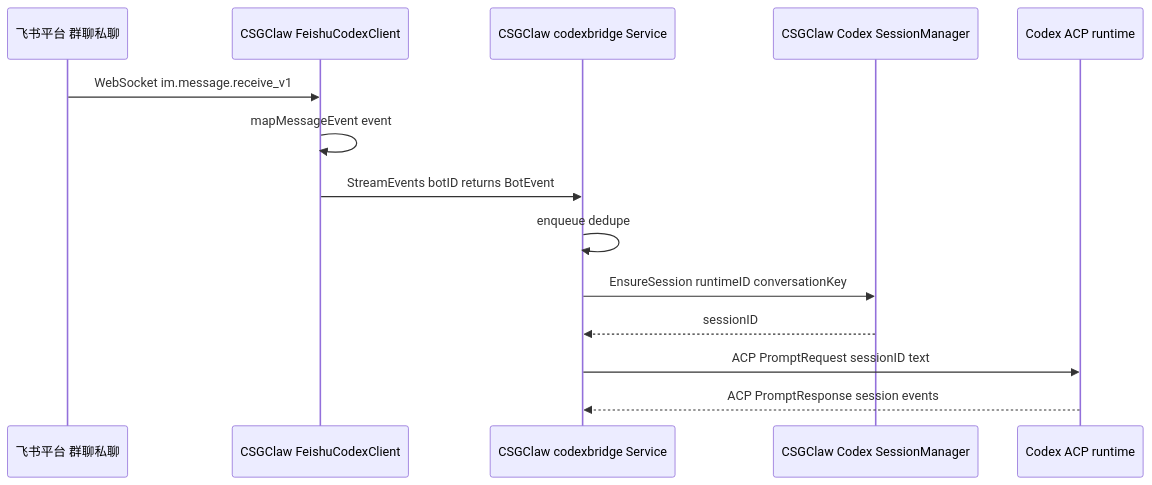
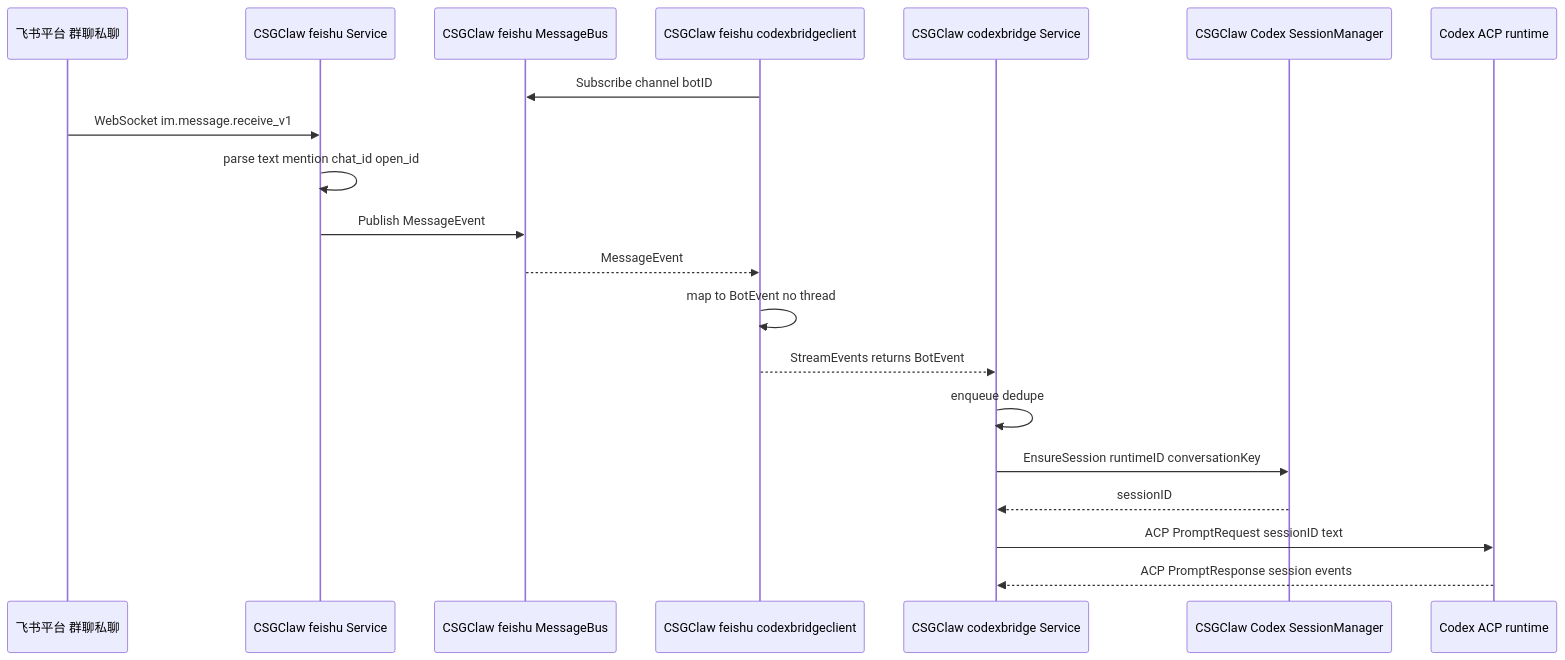
The seventh of 12 diagrams in docs/channel/codex-feishu.zh.md (GatewayJ/csgclaw), drawn with Mermaid before and after one commit. The commit also changed other lines of this file, not shown here.

Commit message:
docs: align codex feishu bridge boundaries

````diff
--- a/docs/channel/codex-feishu.zh.md
+++ b/docs/channel/codex-feishu.zh.md
@@ -162,17 +164,23 @@
 ```mermaid
 sequenceDiagram
     participant Feishu as 飞书平台 群聊私聊
-    participant Client as CSGClaw FeishuCodexClient
+    participant Service as CSGClaw feishu Service
+    participant Bus as CSGClaw feishu MessageBus
+    participant Adapter as CSGClaw feishu codexbridgeclient
     participant Bridge as CSGClaw codexbridge Service
     participant Session as CSGClaw Codex SessionManager
     participant Codex as Codex ACP runtime
 
-    Feishu->>Client: WebSocket im.message.receive_v1
-    Client->>Client: mapMessageEvent event
-    Client->>Bridge: StreamEvents botID returns BotEvent
+    Adapter->>Bus: Subscribe channel botID
+    Feishu->>Service: WebSocket im.message.receive_v1
+    Service->>Service: parse text mention chat_id open_id
+    Service->>Bus: Publish MessageEvent
+    Bus-->>Adapter: MessageEvent
+    Adapter->>Adapter: map to BotEvent no thread
+    Adapter-->>Bridge: StreamEvents returns BotEvent
     Bridge->>Bridge: enqueue dedupe
     Bridge->>Session: EnsureSession runtimeID conversationKey
     Session-->>Bridge: sessionID
     Bridge->>Codex: ACP PromptRequest sessionID text
     Codex-->>Bridge: ACP PromptResponse session events
 ```
````
